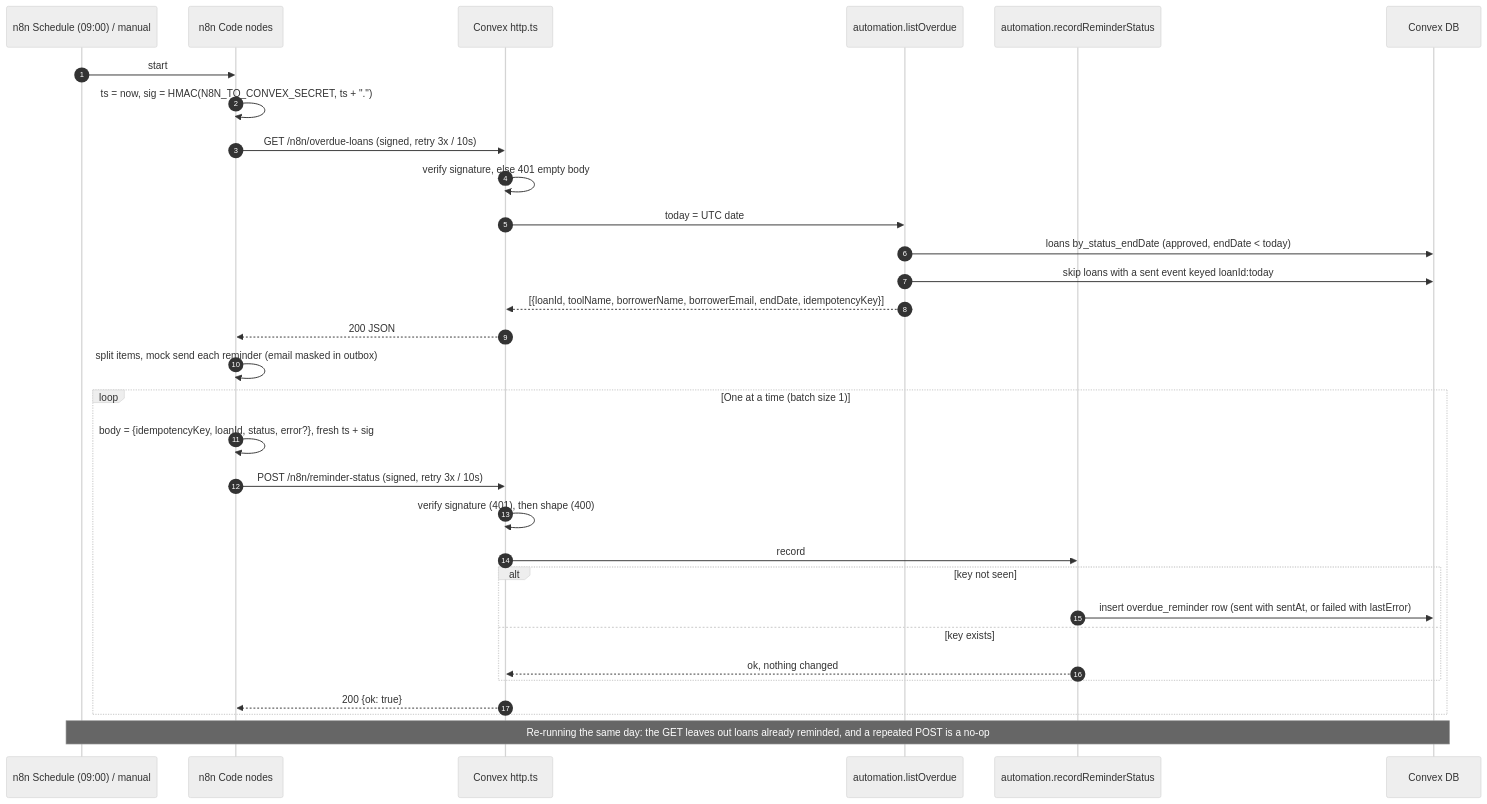
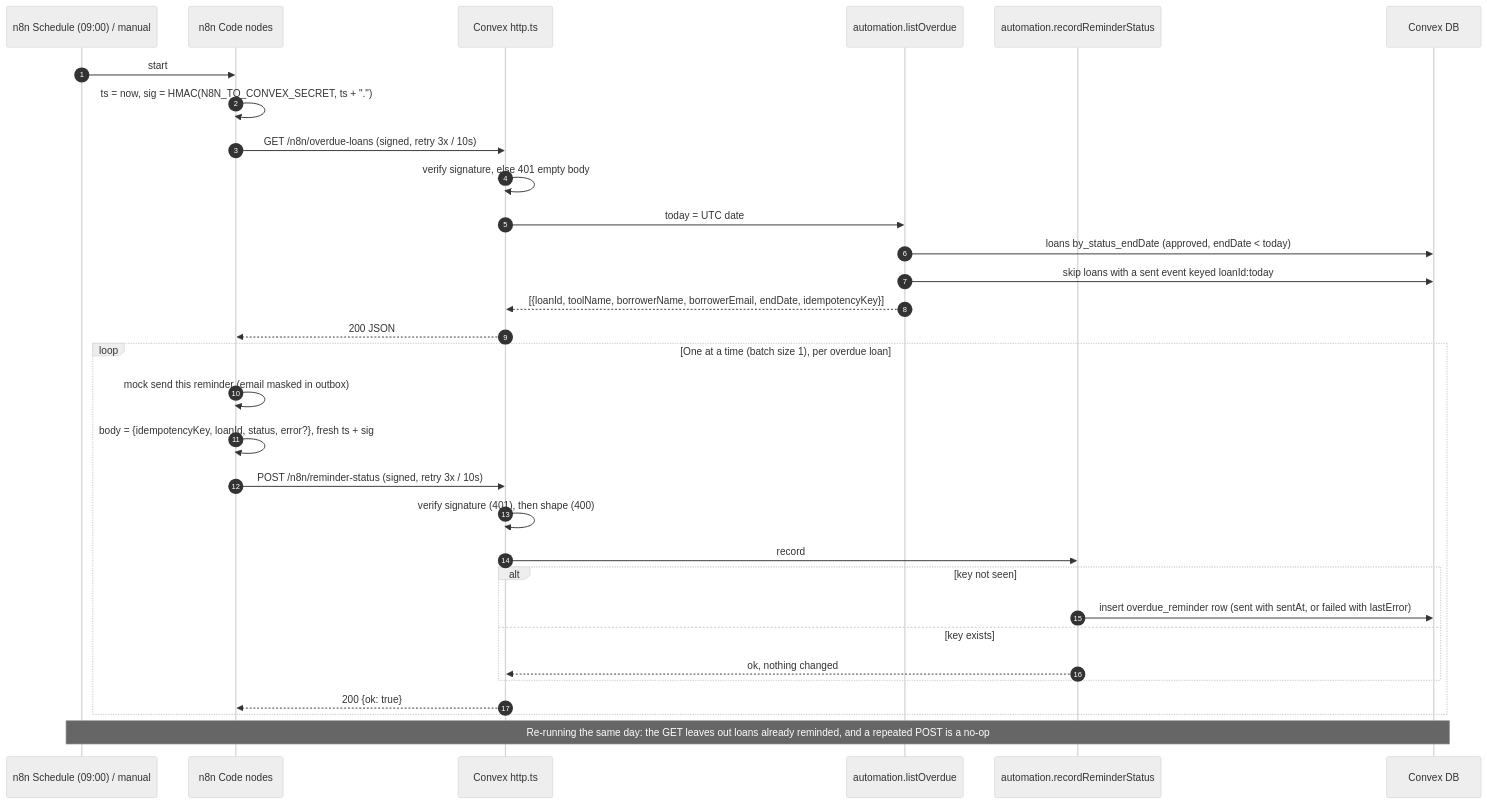
Before and after one commit to 1AbdullahButt/lendloop: the fourth of 4 diagrams in docs/ARCHITECTURE.md, drawn with Mermaid (neutral theme). The commit also changed 17 other files, not shown here.

First line of the commit message:
Review fixes: request guards, stuck-email sweep, per-loan reminder loop, redaction, docs

````diff
--- a/docs/ARCHITECTURE.md
+++ b/docs/ARCHITECTURE.md
@@ -212,34 +212,34 @@
 ```mermaid
 sequenceDiagram
   autonumber
   participant T as n8n Schedule (09:00) / manual
   participant C as n8n Code nodes
   participant H as Convex http.ts
   participant Q as automation.listOverdue
   participant R as automation.recordReminderStatus
   participant DB as Convex DB
 
   T->>C: start
   C->>C: ts = now, sig = HMAC(N8N_TO_CONVEX_SECRET, ts + ".")
   C->>H: GET /n8n/overdue-loans (signed, retry 3x / 10s)
   H->>H: verify signature, else 401 empty body
   H->>Q: today = UTC date
   Q->>DB: loans by_status_endDate (approved, endDate < today)
   Q->>DB: skip loans with a sent event keyed loanId:today
   Q-->>H: [{loanId, toolName, borrowerName, borrowerEmail, endDate, idempotencyKey}]
   H-->>C: 200 JSON
-  C->>C: split items, mock send each reminder (email masked in outbox)
-  loop One at a time (batch size 1)
+  loop One at a time (batch size 1), per overdue loan
+    C->>C: mock send this reminder (email masked in outbox)
     C->>C: body = {idempotencyKey, loanId, status, error?}, fresh ts + sig
     C->>H: POST /n8n/reminder-status (signed, retry 3x / 10s)
     H->>H: verify signature (401), then shape (400)
     H->>R: record
     alt key not seen
       R->>DB: insert overdue_reminder row (sent with sentAt, or failed with lastError)
     else key exists
       R-->>H: ok, nothing changed
     end
     H-->>C: 200 {ok: true}
   end
   Note over T,DB: Re-running the same day: the GET leaves out loans already reminded, and a repeated POST is a no-op
 ```
````
